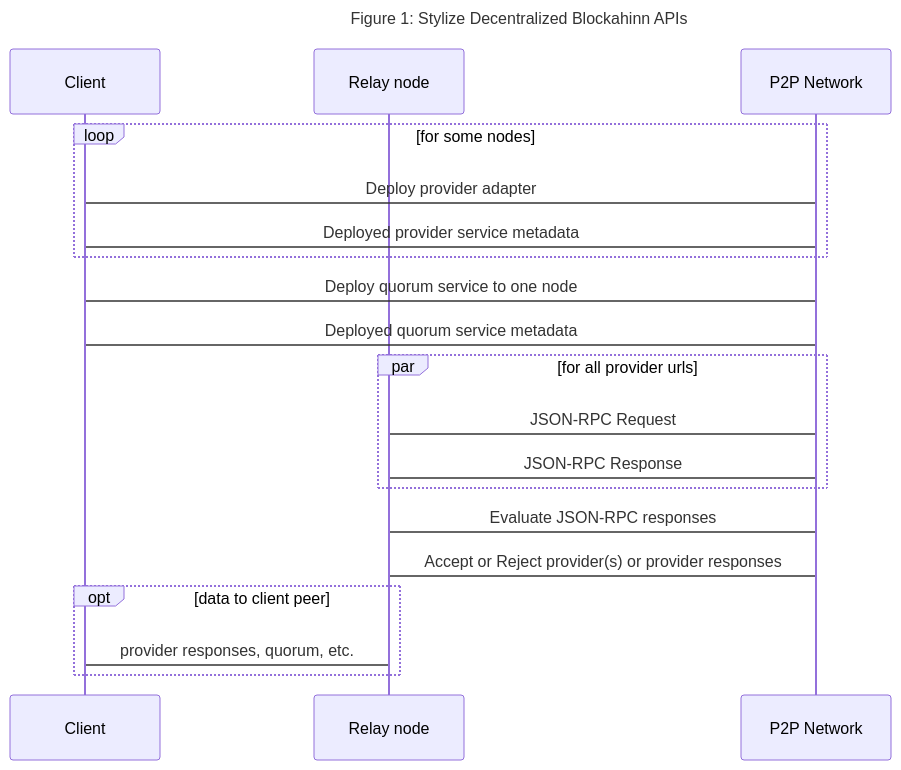
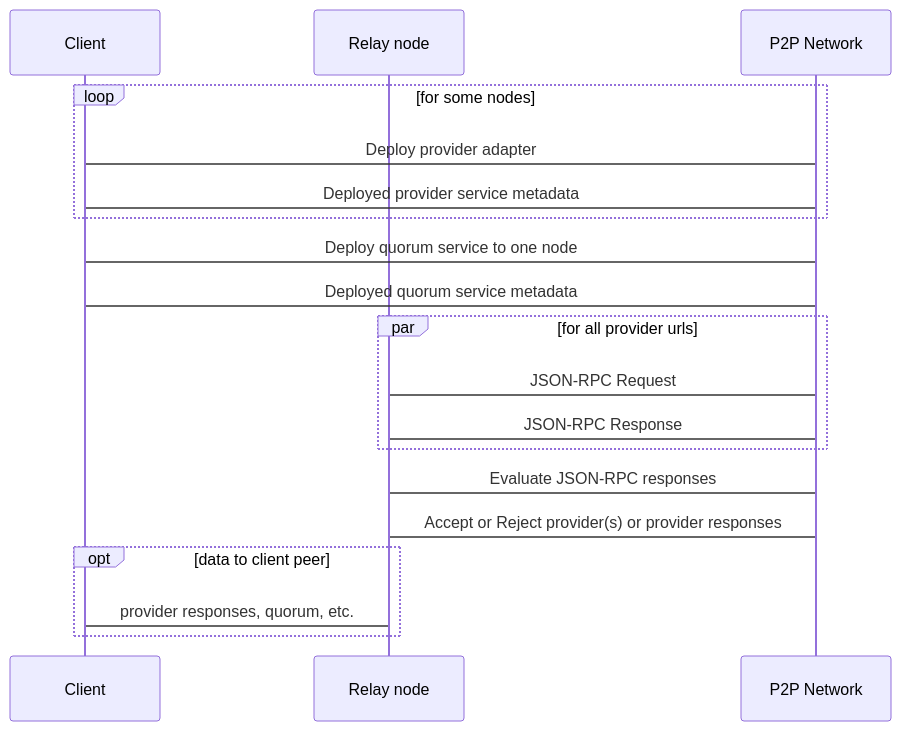
The first of 2 diagrams in aqua-examples/decentralized-blockchain-gateway/README.md (fluencelabs/examples), drawn with Mermaid before and after one commit. The commit also changed other lines of this file, not shown here.

Commit message:
add topology figure

````diff
--- a/aqua-examples/decentralized-blockchain-gateway/README.md
+++ b/aqua-examples/decentralized-blockchain-gateway/README.md
@@ -49,29 +43,28 @@
 ```mermaid
     sequenceDiagram
-    title: Figure 1: Stylize Decentralized Blockahinn APIs
 
     participant C as Client
     participant R  as Relay node
     participant Pi as P2P Network
 
     loop for some nodes
         C -> Pi: Deploy provider adapter
         Pi -> C: Deployed provider service metadata  
     end
     
     C -> Pi: Deploy quorum service to one node
     Pi -> C: Deployed quorum service metadata  
 
 
     par for all provider urls
         R -> Pi: JSON-RPC Request
         Pi -> R: JSON-RPC Response
     end
     
     R -> Pi: Evaluate JSON-RPC responses
     Pi -> R: Accept or Reject provider(s) or provider responses
 
     opt data to client peer
         R -> C: provider responses, quorum, etc.
     end
 ```
````
